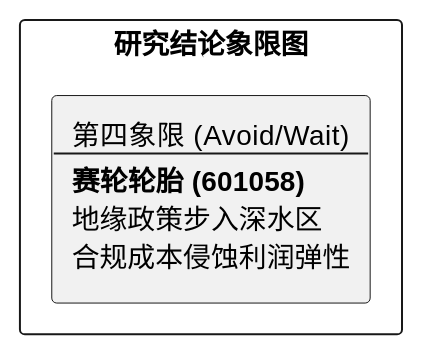
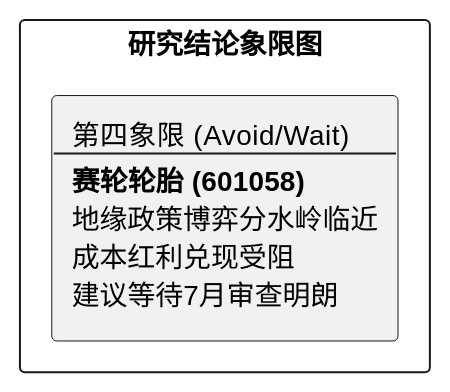
One commit to hrzzzrh/QuantPyLab changed the diagram in investigation/equities/赛轮轮胎/reports/研报章节七：投资摘要与风险因素.md. Above: the diagram before and after it, drawn with PlantUML. The commit also changed other lines of this file and 159 other files, not shown here.

````diff
--- a/investigation/equities/赛轮轮胎/reports/研报章节七：投资摘要与风险因素.md
+++ b/investigation/equities/赛轮轮胎/reports/研报章节七：投资摘要与风险因素.md
@@ -24,7 +24,7 @@
 ```plantuml
 @startuml
 rectangle "研究结论象限图" {
-    rectangle "第四象限 (Avoid/Wait)\n--\n**赛轮轮胎 (601058)**\n地缘政策步入深水区\n合规成本侵蚀利润弹性" as Q4
+    rectangle "第四象限 (Avoid/Wait)\n--\n**赛轮轮胎 (601058)**\n地缘政策博弈分水岭临近\n成本红利兑现受阻\n建议等待7月审查明朗" as Q4
 }
 @enduml
 ```
````
